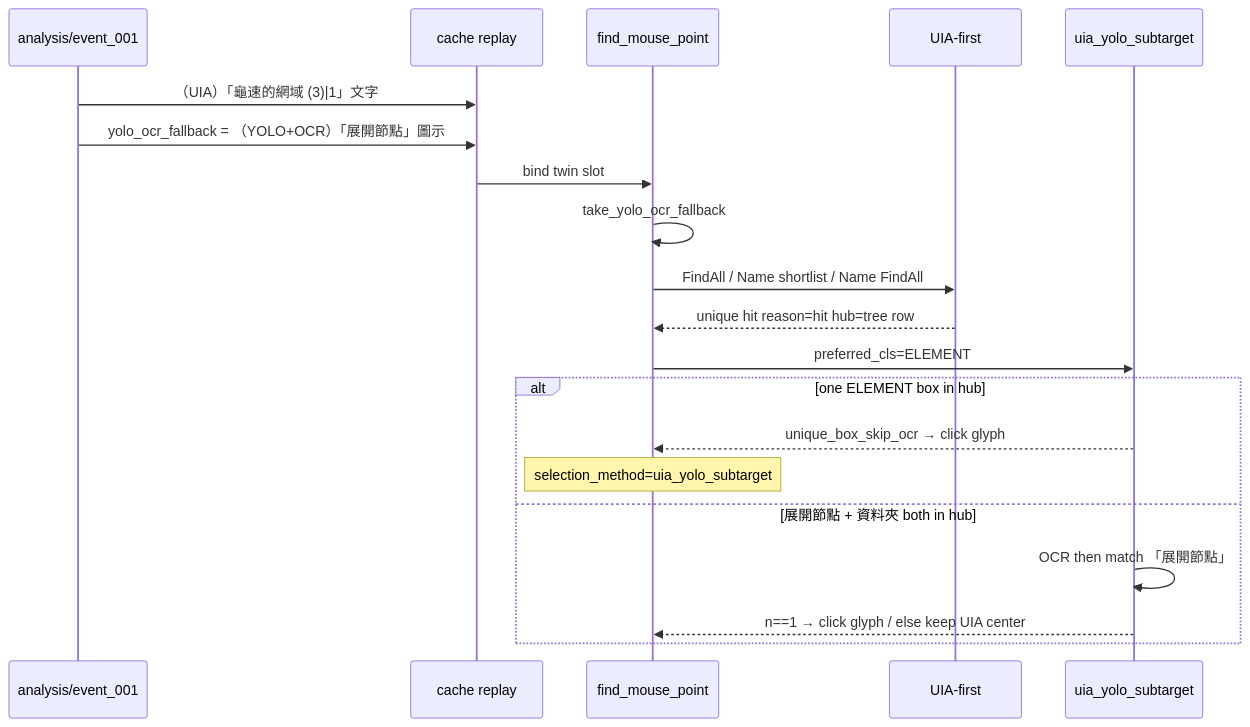
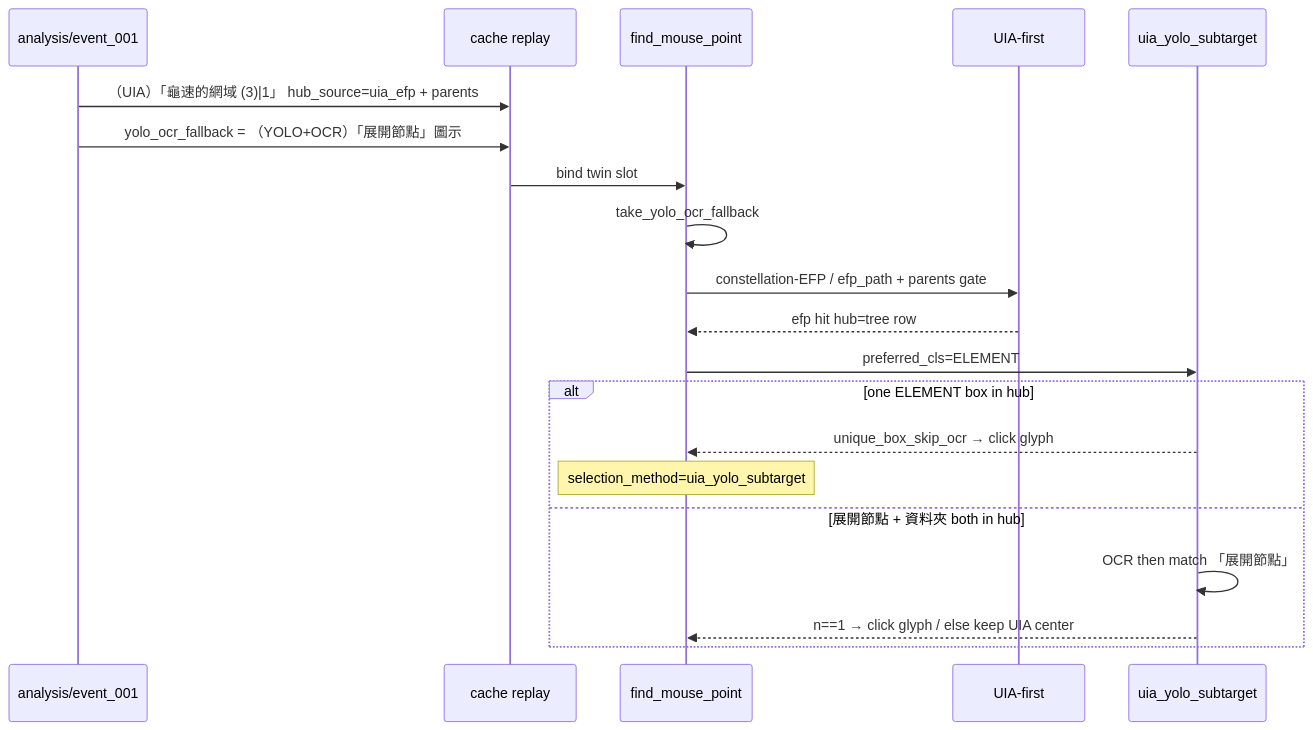
Before and after one commit to josephorng/QualityAssuranceAgent: the fifth of 5 diagrams in docs/replay-flow.md, drawn with Mermaid. The commit also changed other lines of this file and 26 other files, not shown here.

First line of the commit message:
Replace budgeted FindAll with EFP ancestor paths as the sole UIA hub.

````diff
--- a/docs/replay-flow.md
+++ b/docs/replay-flow.md
@@ -289,23 +217,23 @@
 ```mermaid
 sequenceDiagram
   participant Cache as analysis/event_001
   participant Brain as cache replay
   participant Select as find_mouse_point
   participant UIA as UIA-first
   participant Sub as uia_yolo_subtarget
 
-  Cache->>Brain: （UIA）「龜速的網域 (3)|1」文字
+  Cache->>Brain: （UIA）「龜速的網域 (3)|1」 hub_source=uia_efp + parents
   Cache->>Brain: yolo_ocr_fallback = （YOLO+OCR）「展開節點」圖示
   Brain->>Select: bind twin slot
   Select->>Select: take_yolo_ocr_fallback
-  Select->>UIA: FindAll / Name shortlist / Name FindAll
-  UIA-->>Select: unique hit reason=hit hub=tree row
+  Select->>UIA: constellation-EFP / efp_path + parents gate
+  UIA-->>Select: efp hit hub=tree row
   Select->>Sub: preferred_cls=ELEMENT
   alt one ELEMENT box in hub
     Sub-->>Select: unique_box_skip_ocr → click glyph
     Note over Select: selection_method=uia_yolo_subtarget
   else 展開節點 + 資料夾 both in hub
     Sub->>Sub: OCR then match 「展開節點」
     Sub-->>Select: n==1 → click glyph / else keep UIA center
   end
 ```
````
